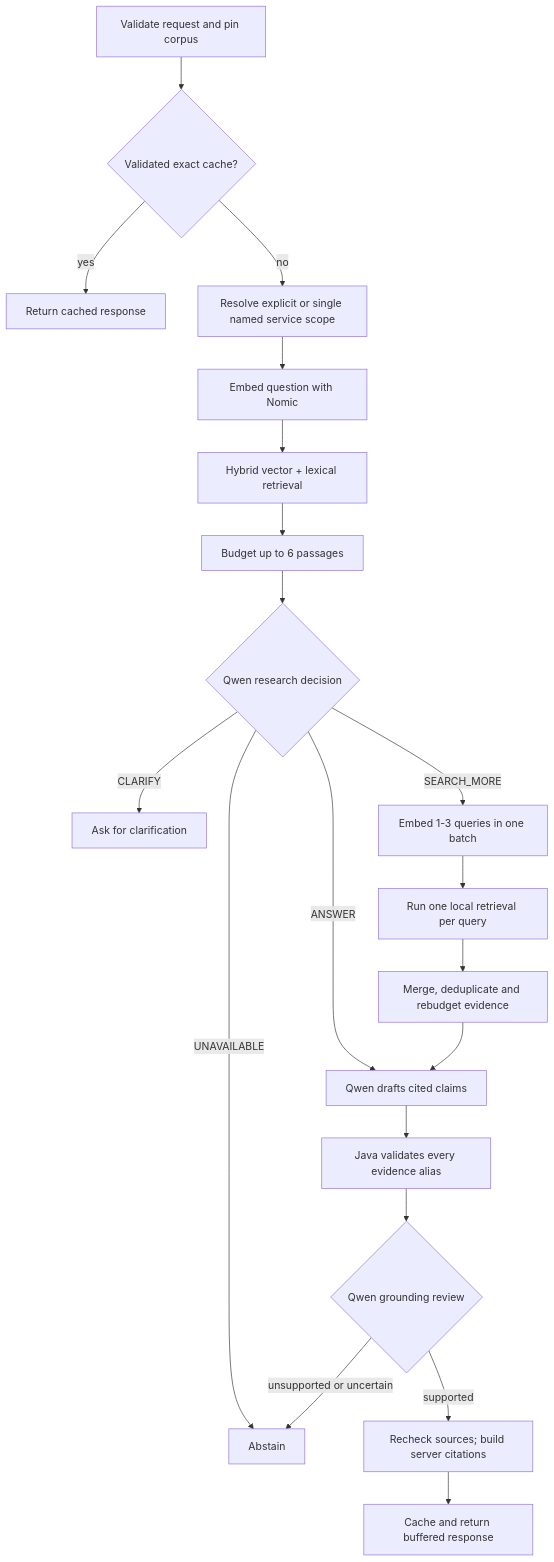
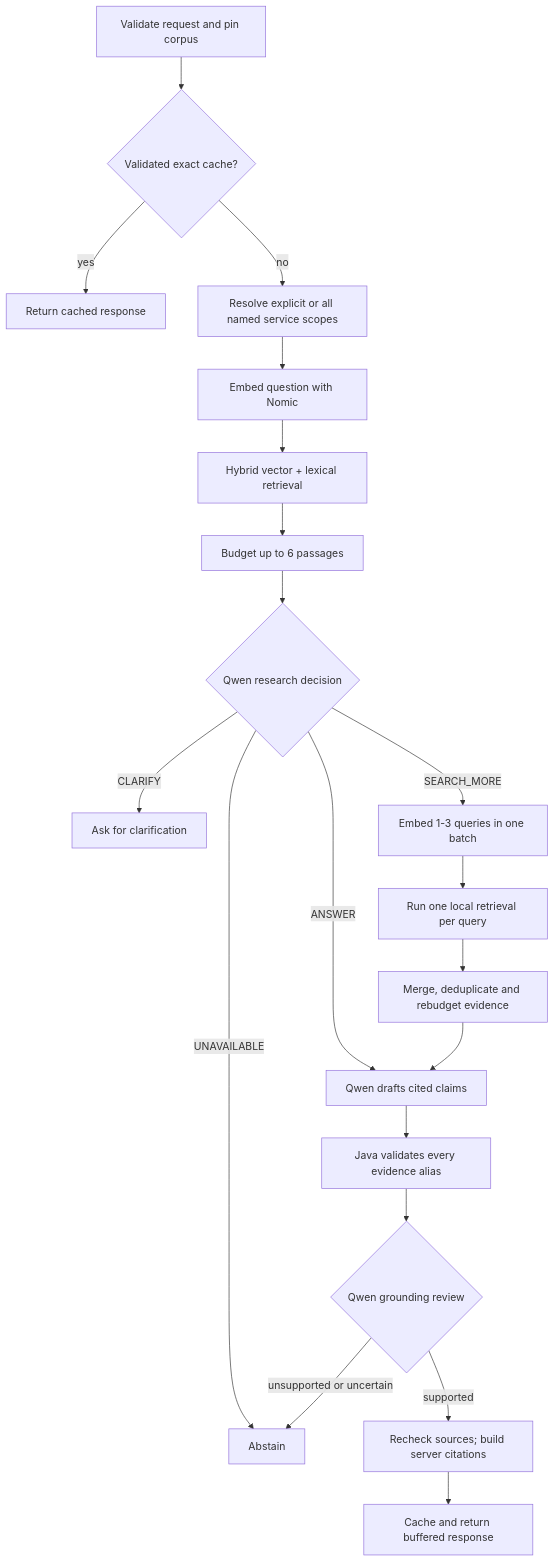
Before and after one commit to arpanc7/aws-tech-support-agent: the third of 4 diagrams in docs/design.md, drawn with Mermaid. The commit also changed other lines of this file and 14 other files, not shown here.

````diff
--- a/docs/design.md
+++ b/docs/design.md
@@ -52,22 +52,22 @@
 ```mermaid
 flowchart TD
     A[Validate request and pin corpus] --> B{Validated exact cache?}
     B -->|yes| Z[Return cached response]
-    B -->|no| S[Resolve explicit or single named service scope]
+    B -->|no| S[Resolve explicit or all named service scopes]
     S --> C[Embed question with Nomic]
     C --> D[Hybrid vector + lexical retrieval]
     D --> E[Budget up to 6 passages]
     E --> F{Qwen research decision}
     F -->|CLARIFY| G[Ask for clarification]
     F -->|UNAVAILABLE| H[Abstain]
     F -->|ANSWER| J[Qwen drafts cited claims]
     F -->|SEARCH_MORE| I[Embed 1-3 queries in one batch]
     I --> K[Run one local retrieval per query]
     K --> L[Merge, deduplicate and rebudget evidence]
     L --> J
     J --> M[Java validates every evidence alias]
     M --> N{Qwen grounding review}
     N -->|supported| O[Recheck sources; build server citations]
     N -->|unsupported or uncertain| H
     O --> P[Cache and return buffered response]
 ```
````
